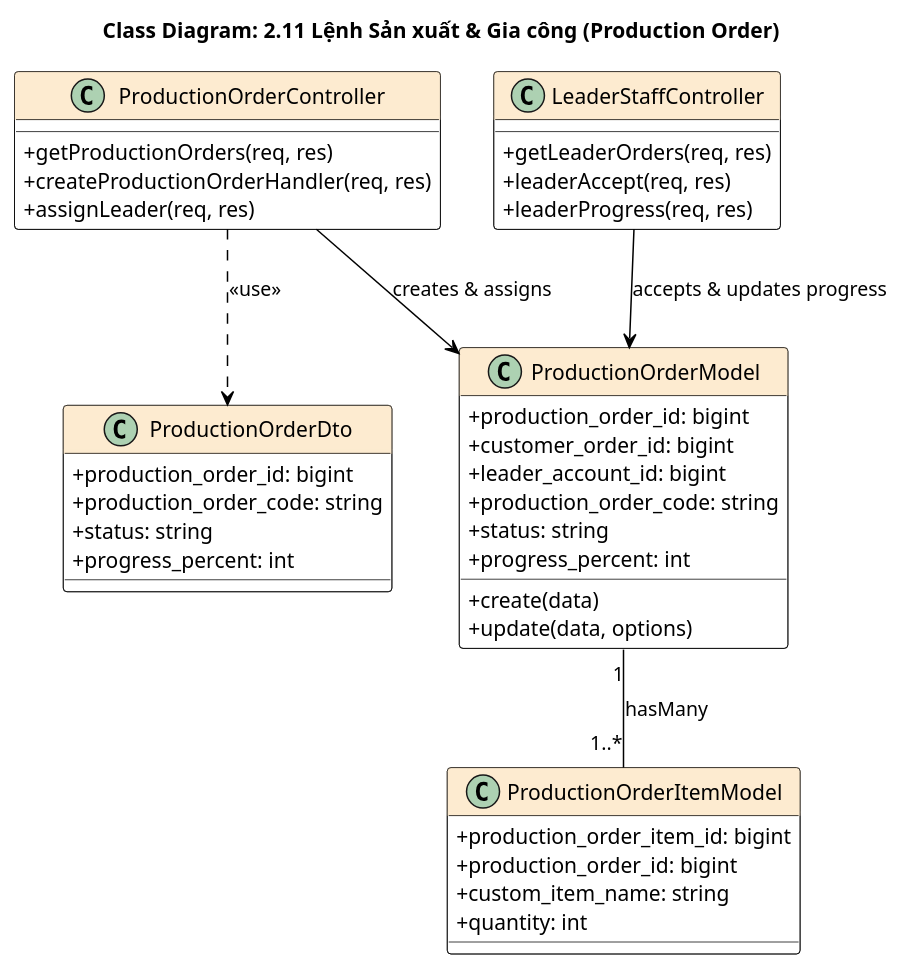
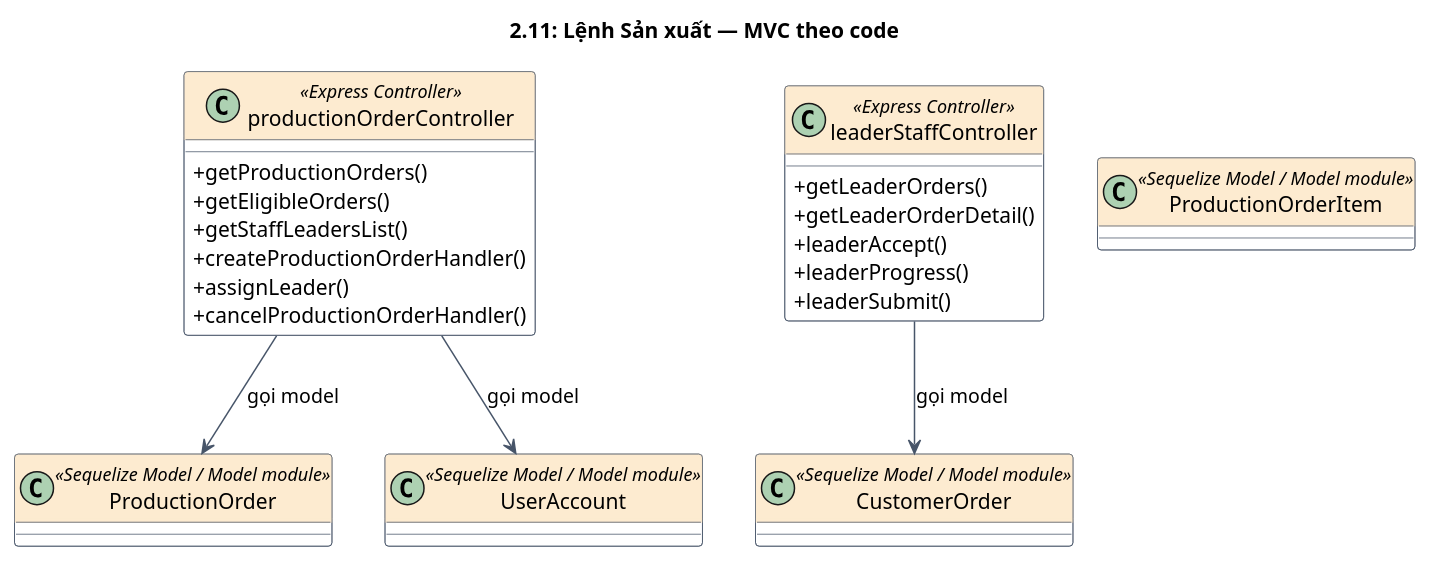
Diagram 11 of 14 in docs/classdiagrams.md (chuoois/FS-SIMS), drawn with PlantUML before and after one commit. The commit also changed other lines of this file and 8 other files, not shown here.

````diff
--- a/docs/classdiagrams.md
+++ b/docs/classdiagrams.md
@@ -583,54 +483,40 @@
 ```plantuml
 @startuml
 skinparam classAttributeIconSize 0
 skinparam class {
-    BackgroundColor White
-    BorderColor Black
-    ArrowColor Black
-    HeaderBackgroundColor #FDEBD0
+  BackgroundColor White
+  BorderColor #475569
+  ArrowColor #475569
+  HeaderBackgroundColor #FDEBD0
 }
-title Class Diagram: 2.11 Lệnh Sản xuất & Gia công (Production Order)
+title 2.11: Lệnh Sản xuất — MVC theo code
 
-class ProductionOrderController {
-  +getProductionOrders(req, res)
-  +createProductionOrderHandler(req, res)
-  +assignLeader(req, res)
+class productionOrderController <<Express Controller>> {
+  +getProductionOrders()
+  +getEligibleOrders()
+  +getStaffLeadersList()
+  +createProductionOrderHandler()
+  +assignLeader()
+  +cancelProductionOrderHandler()
 }
 
-class LeaderStaffController {
-  +getLeaderOrders(req, res)
-  +leaderAccept(req, res)
-  +leaderProgress(req, res)
+class leaderStaffController <<Express Controller>> {
+  +getLeaderOrders()
+  +getLeaderOrderDetail()
+  +leaderAccept()
+  +leaderProgress()
+  +leaderSubmit()
 }
 
-class ProductionOrderModel {
-  +production_order_id: bigint
-  +customer_order_id: bigint
-  +leader_account_id: bigint
-  +production_order_code: string
-  +status: string
-  +progress_percent: int
-  +create(data)
-  +update(data, options)
-}
+class ProductionOrder <<Sequelize Model / Model module>>
 
-class ProductionOrderItemModel {
-  +production_order_item_id: bigint
-  +production_order_id: bigint
-  +custom_item_name: string
-  +quantity: int
-}
+class ProductionOrderItem <<Sequelize Model / Model module>>
 
-class ProductionOrderDto {
-  +production_order_id: bigint
-  +production_order_code: string
-  +status: string
-  +progress_percent: int
-}
+class CustomerOrder <<Sequelize Model / Model module>>
 
-ProductionOrderController --> ProductionOrderModel : creates & assigns
-LeaderStaffController --> ProductionOrderModel : accepts & updates progress
-ProductionOrderModel "1" -- "1..*" ProductionOrderItemModel : hasMany
-ProductionOrderController ..> ProductionOrderDto : <<use>>
+class UserAccount <<Sequelize Model / Model module>>
+productionOrderController --> ProductionOrder : gọi model
+productionOrderController --> UserAccount : gọi model
+leaderStaffController --> CustomerOrder : gọi model
 @enduml
 ```
````
